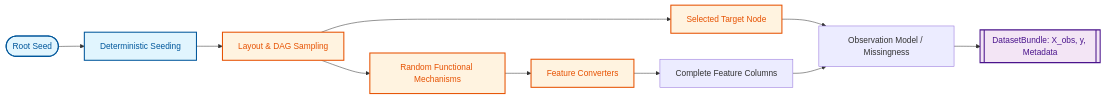
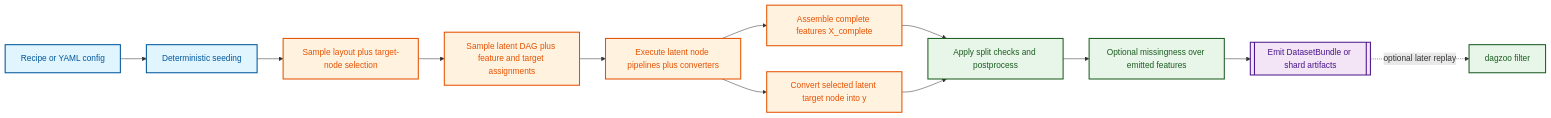
The first of 2 diagrams in README.md (bensonlee5/cauchy-generator), drawn with Mermaid before and after one commit. The commit also changed other lines of this file and 19 other files, not shown here.

````diff
--- a/README.md
+++ b/README.md
@@ -12,20 +71,24 @@
 ```mermaid
 flowchart LR
     classDef setup fill:#e1f5fe,stroke:#01579b,stroke-width:2px,color:#01579b
     classDef core fill:#fff3e0,stroke:#e65100,stroke-width:2px,color:#e65100
     classDef out fill:#f3e5f5,stroke:#4a148c,stroke-width:2px,color:#4a148c
+    classDef post fill:#e8f5e9,stroke:#1b5e20,stroke-width:2px,color:#1b5e20
 
-    Seed([Root Seed]) --> RNG[Deterministic Seeding]
-    RNG --> Layout[Layout & DAG Sampling]
-    Layout --> Mechanisms[Random Functional Mechanisms]
-    Mechanisms --> Converters[Feature Converters]
-    Converters --> XComplete[Complete Feature Columns]
-    Layout --> TargetNode["Selected Target Node"]
-    TargetNode --> Missingness[Observation Model / Missingness]
-    XComplete --> Missingness
-    Missingness --> Bundle[[DatasetBundle: X_obs, y, Metadata]]
+    Config[Recipe or YAML config] --> Seed[Deterministic seeding]
+    Seed --> Layout[Sample layout plus target-node selection]
+    Layout --> DAG[Sample latent DAG plus feature and target assignments]
+    DAG --> Exec[Execute latent node pipelines plus converters]
+    Exec --> XComplete[Assemble complete features X_complete]
+    Exec --> TargetConvert[Convert selected latent target node into y]
+    XComplete --> Split[Apply split checks and postprocess]
+    TargetConvert --> Split
+    Split --> Missingness[Optional missingness over emitted features]
+    Missingness --> Bundle[[Emit DatasetBundle or shard artifacts]]
+    Bundle -. optional later replay .-> Filter[dagzoo filter]
 
-    class Seed,RNG setup
-    class Layout,Mechanisms,Converters,TargetNode core
+    class Config,Seed setup
+    class Layout,DAG,Exec,XComplete,TargetConvert core
+    class Split,Missingness,Filter post
     class Bundle out
 ```
````
